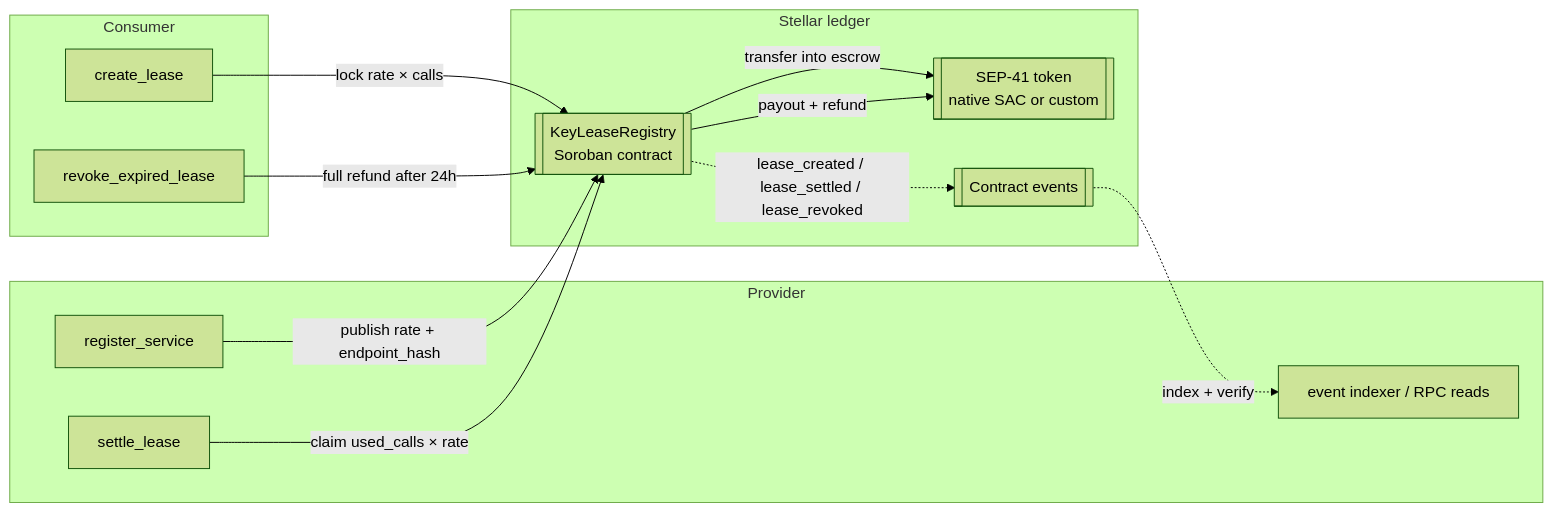
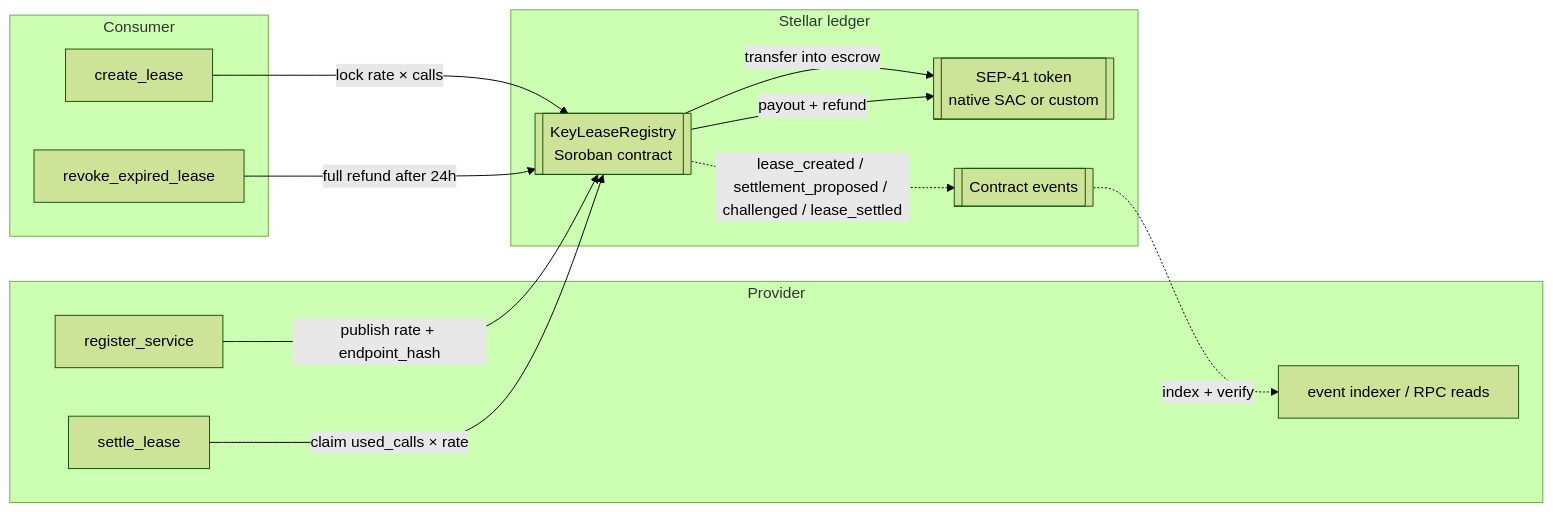
One commit to Adebisi-1/keylease-core changed the diagram in README.md. Above: the diagram before and after it, drawn with Mermaid (forest theme). The commit also changed other lines of this file and 19 other files, not shown here.

````diff
--- a/README.md
+++ b/README.md
@@ -47,28 +47,28 @@
 ```mermaid
 flowchart LR
     subgraph Consumer
         C[create_lease]
         R[revoke_expired_lease]
     end
 
     subgraph Provider
         P[register_service]
         S[settle_lease]
         I[event indexer / RPC reads]
     end
 
     subgraph Stellar["Stellar ledger"]
         REG[["KeyLeaseRegistry<br/>Soroban contract"]]
         TOK[["SEP-41 token<br/>native SAC or custom"]]
         EV[[Contract events]]
     end
 
     C -- "lock rate × calls" --> REG
     REG -- "transfer into escrow" --> TOK
     P -- "publish rate + endpoint_hash" --> REG
     S -- "claim used_calls × rate" --> REG
     REG -- "payout + refund" --> TOK
     R -- "full refund after 24h" --> REG
-    REG -. "lease_created / lease_settled / lease_revoked" .-> EV
+    REG -. "lease_created / settlement_proposed / challenged / lease_settled" .-> EV
     EV -. "index + verify" .-> I
 ```
````
